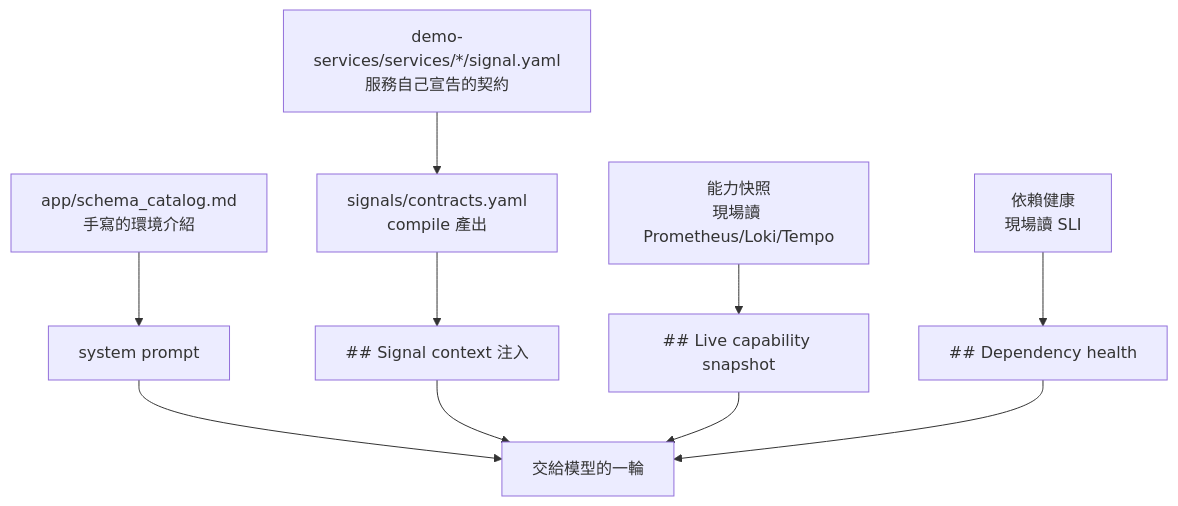
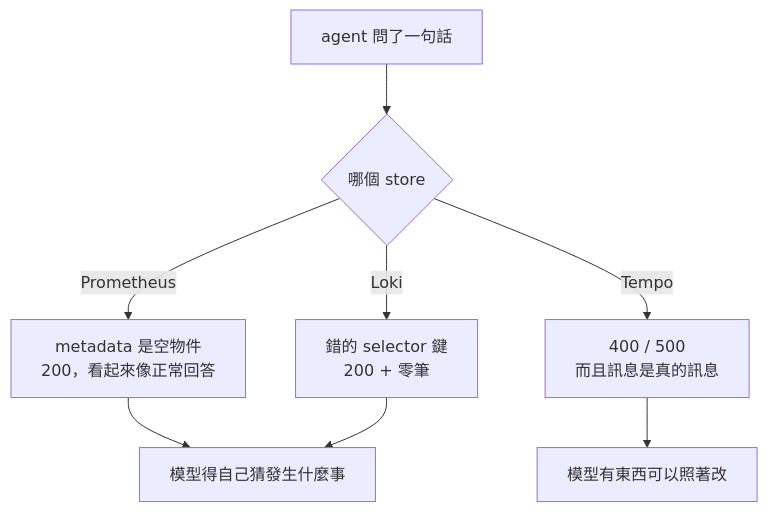
Before and after one commit to tedmax100/o11y-bench: the first of 2 diagrams in weaver-demo/ironman-2026/day22.md, drawn with Mermaid. The commit also changed other lines of this file and 81 other files, not shown here.

````diff
--- a/weaver-demo/ironman-2026/day22.md
+++ b/weaver-demo/ironman-2026/day22.md
@@ -77,12 +50,10 @@
 ```mermaid
 flowchart TB
-    SC["app/schema_catalog.md<br/>手寫的環境介紹"] --> SP["system prompt"]
-    SY["demo-services/services/*/signal.yaml<br/>服務自己宣告的契約"] --> CY["signals/contracts.yaml<br/>compile 產出"]
-    CY --> INJ["## Signal context 注入"]
-    CAP["能力快照<br/>現場讀 Prometheus/Loki/Tempo"] --> INJ2["## Live capability snapshot"]
-    DEP["依賴健康<br/>現場讀 SLI"] --> INJ3["## Dependency health"]
-    SP --> M["交給模型的一輪"]
-    INJ --> M
-    INJ2 --> M
-    INJ3 --> M
+    A["agent 問了一句話"] --> P{"哪個 store"}
+    P -->|Prometheus| P1["metadata 是空物件<br/>200，看起來像正常回答"]
+    P -->|Loki| L1["錯的 selector 鍵<br/>200 + 零筆"]
+    P -->|Tempo| T1["400 / 500<br/>而且訊息是真的訊息"]
+    P1 --> S["模型得自己猜發生什麼事"]
+    L1 --> S
+    T1 --> R["模型有東西可以照著改"]
 ```
````
